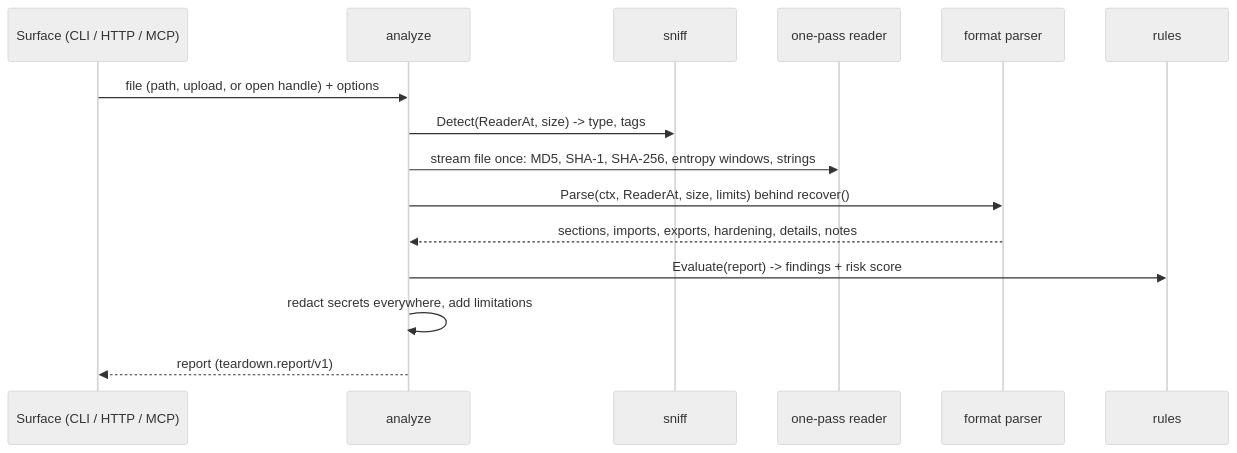
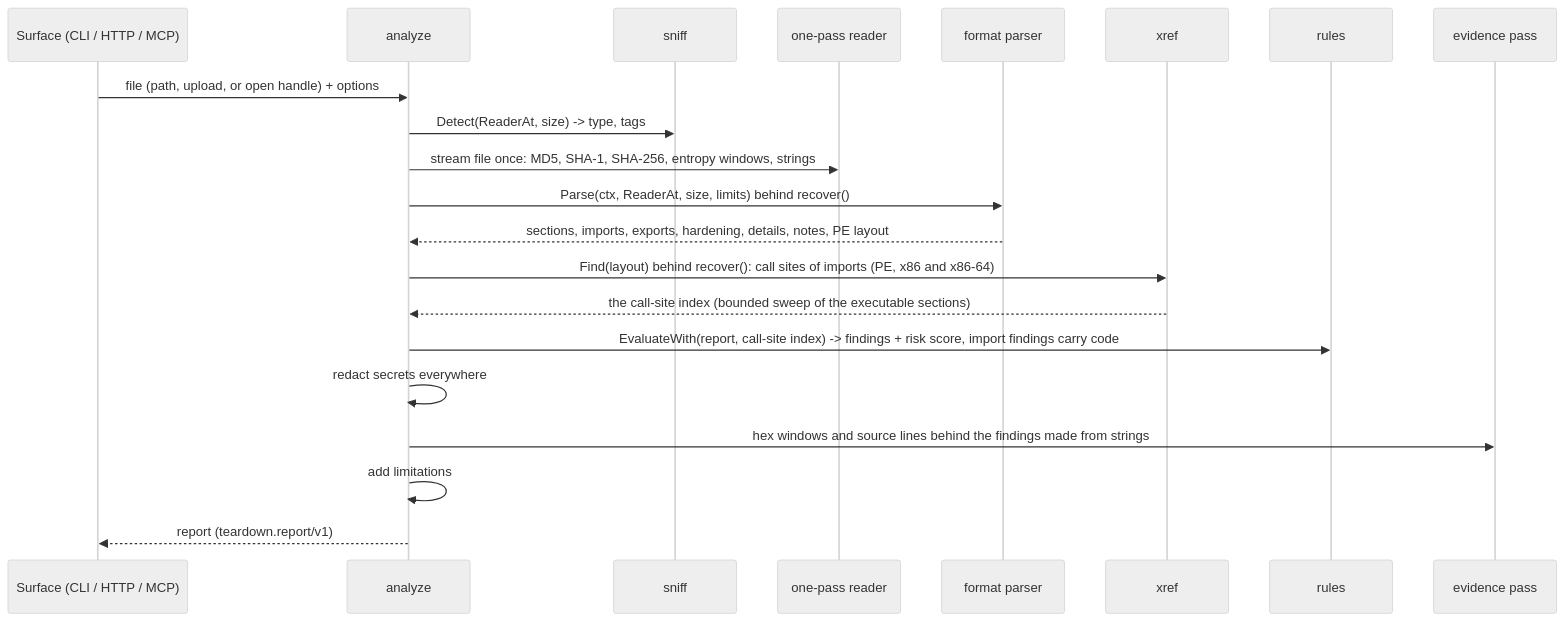
Before and after one commit to q6r/teardown: the second of 3 diagrams in docs/architecture.md, drawn with Mermaid (neutral theme). The commit also changed other lines of this file and 14 other files, not shown here.

Commit message:
docs: document code evidence, the new commands and the MCP tools

````diff
--- a/docs/architecture.md
+++ b/docs/architecture.md
@@ -47,17 +68,23 @@
 ```mermaid
 sequenceDiagram
   participant S as Surface (CLI / HTTP / MCP)
   participant A as analyze
   participant N as sniff
   participant P as one-pass reader
   participant F as format parser
+  participant X as xref
   participant R as rules
+  participant E as evidence pass
   S->>A: file (path, upload, or open handle) + options
   A->>N: Detect(ReaderAt, size) -> type, tags
   A->>P: stream file once: MD5, SHA-1, SHA-256, entropy windows, strings
   A->>F: Parse(ctx, ReaderAt, size, limits) behind recover()
-  F-->>A: sections, imports, exports, hardening, details, notes
-  A->>R: Evaluate(report) -> findings + risk score
-  A->>A: redact secrets everywhere, add limitations
+  F-->>A: sections, imports, exports, hardening, details, notes, PE layout
+  A->>X: Find(layout) behind recover(): call sites of imports (PE, x86 and x86-64)
+  X-->>A: the call-site index (bounded sweep of the executable sections)
+  A->>R: EvaluateWith(report, call-site index) -> findings + risk score, import findings carry code
+  A->>A: redact secrets everywhere
+  A->>E: hex windows and source lines behind the findings made from strings
+  A->>A: add limitations
   A-->>S: report (teardown.report/v1)
 ```
````
